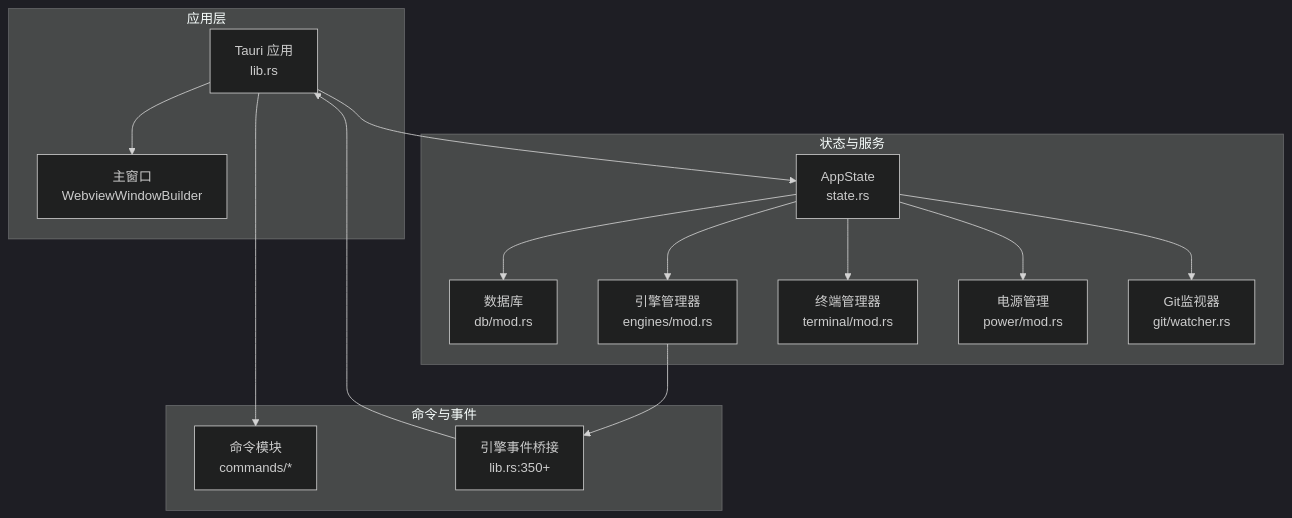
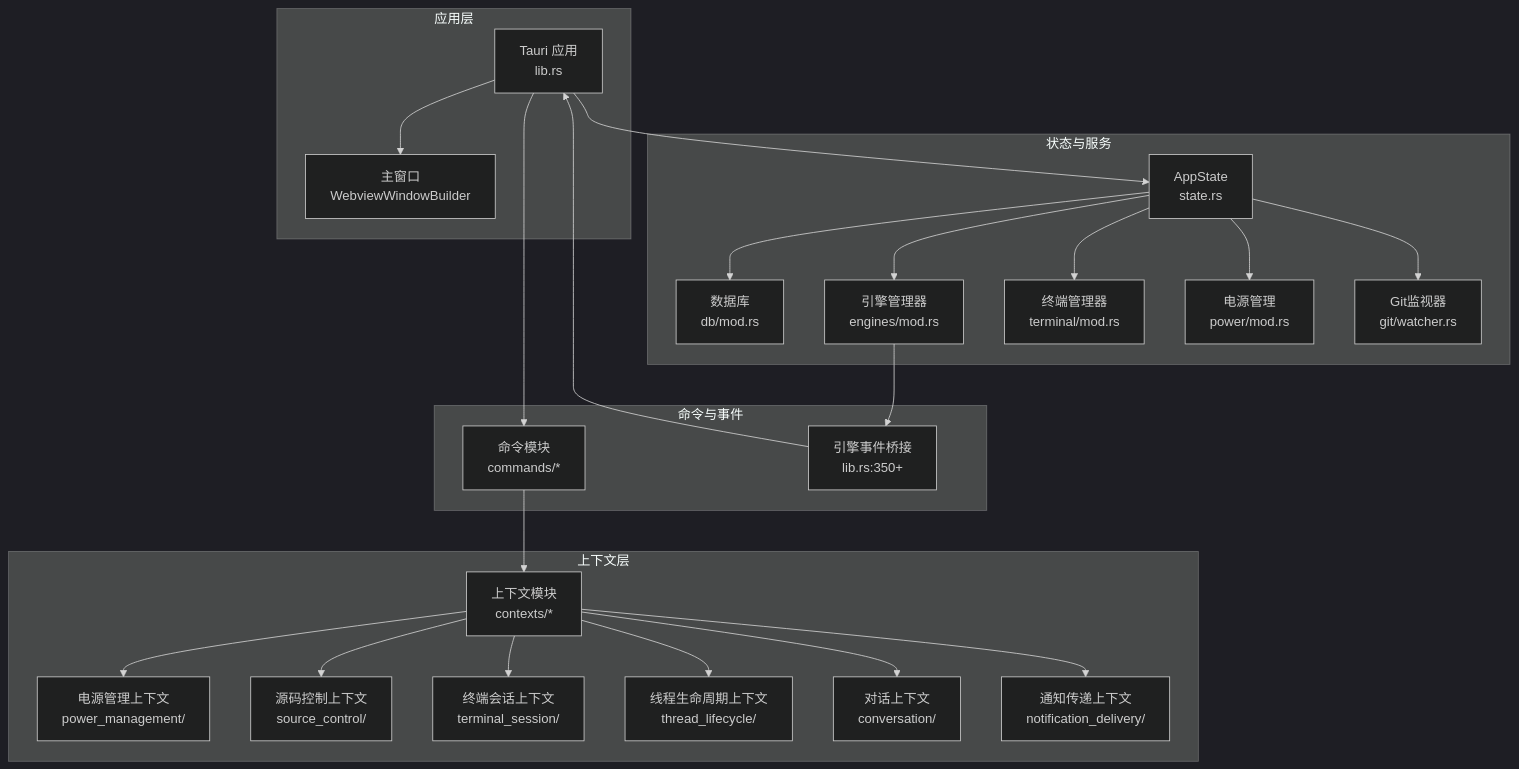
Before and after one commit to yattin/panes: the second of 10 diagrams in .qoder/repowiki/zh/content/架构设计/后端架构/后端架构.md, drawn with Mermaid (dark theme). The commit also changed other lines of this file and 45 other files, not shown here.

````diff
--- a/.qoder/repowiki/zh/content/架构设计/后端架构/后端架构.md
+++ b/.qoder/repowiki/zh/content/架构设计/后端架构/后端架构.md
@@ -114,29 +123,45 @@
 ```mermaid
 graph TB
 subgraph "应用层"
 T["Tauri 应用<br/>lib.rs"]
 M["主窗口<br/>WebviewWindowBuilder"]
 end
 subgraph "状态与服务"
 S["AppState<br/>state.rs"]
 DB["数据库<br/>db/mod.rs"]
 ENG["引擎管理器<br/>engines/mod.rs"]
 TERM["终端管理器<br/>terminal/mod.rs"]
 POW["电源管理<br/>power/mod.rs"]
 GIT["Git监视器<br/>git/watcher.rs"]
 end
+subgraph "上下文层"
+CTX["上下文模块<br/>contexts/*"]
+PM["电源管理上下文<br/>power_management/"]
+SC["源码控制上下文<br/>source_control/"]
+TS["终端会话上下文<br/>terminal_session/"]
+TL["线程生命周期上下文<br/>thread_lifecycle/"]
+CV["对话上下文<br/>conversation/"]
+ND["通知传递上下文<br/>notification_delivery/"]
+end
 subgraph "命令与事件"
 CMD["命令模块<br/>commands/*"]
 EVT["引擎事件桥接<br/>lib.rs:350+"]
 end
 T --> M
 T --> S
 S --> DB
 S --> ENG
 S --> TERM
 S --> POW
 S --> GIT
 T --> CMD
+CTX --> PM
+CTX --> SC
+CTX --> TS
+CTX --> TL
+CTX --> CV
+CTX --> ND
+CMD --> CTX
 ENG --> EVT
 EVT --> T
 ```
````
